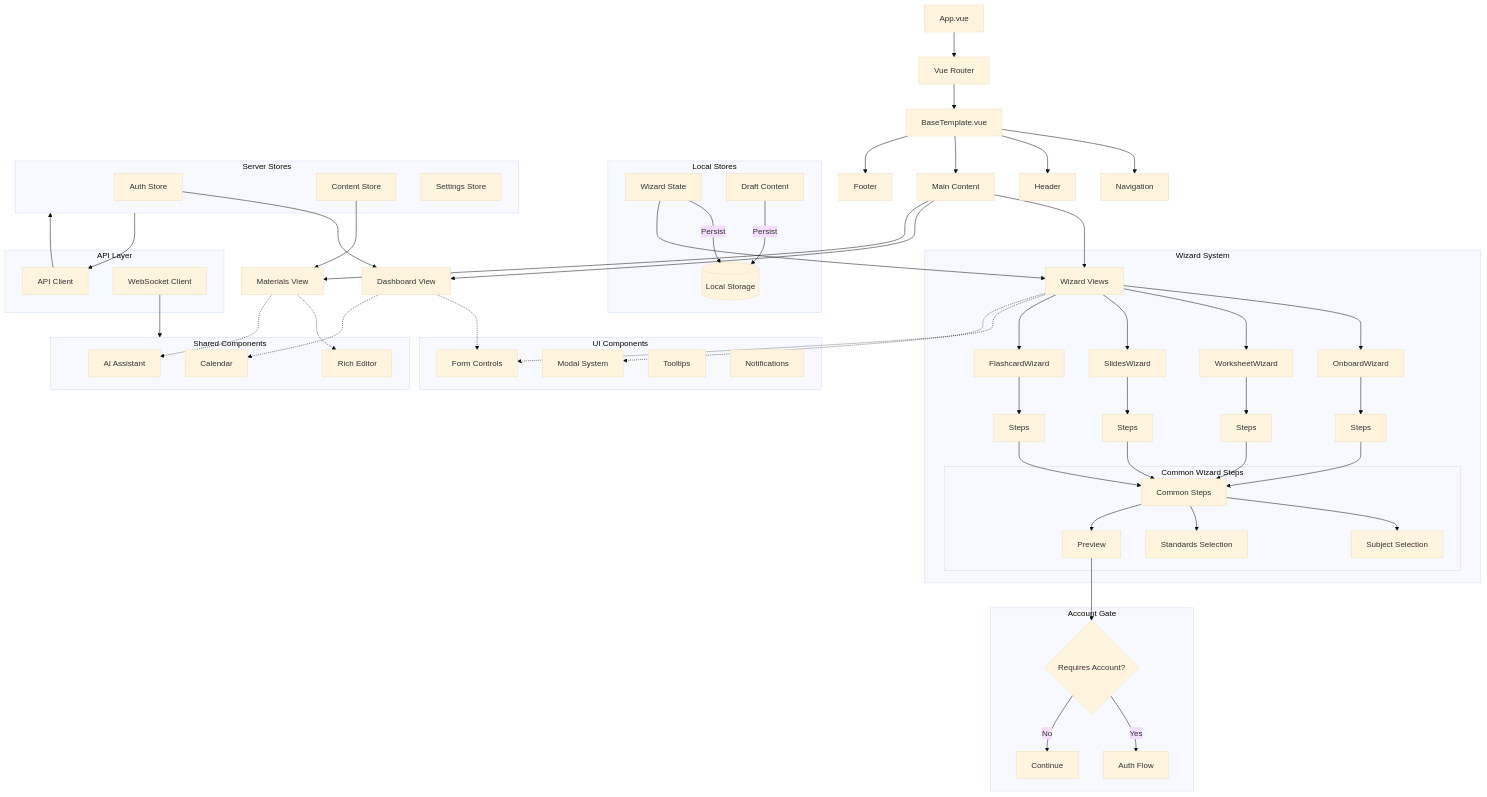
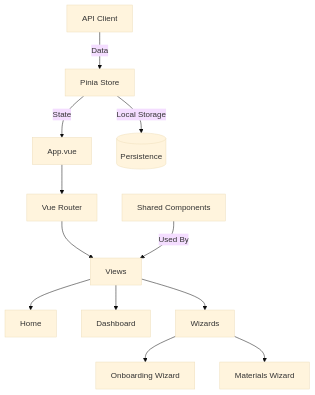
Before and after one commit to eric-fern/wizardteach: the second of 3 diagrams in README.md, drawn with Mermaid (base theme). The commit also changed other lines of this file and 6 other files, not shown here.

Commit message:
fixed course details wizard step. Moving on to standards.

````diff
--- a/README.md
+++ b/README.md
@@ -43,98 +43,25 @@
 ```mermaid
 graph TD
-    %% Core Application Structure
+    %% Core Application
     APP[App.vue] --> ROUTER[Vue Router]
-    ROUTER --> BASE[BaseTemplate.vue]
+    ROUTER --> VIEWS[Views]
     
-    %% Template Structure
-    BASE --> NAV[Navigation]
-    BASE --> HEADER[Header]
-    BASE --> MAIN[Main Content]
-    BASE --> FOOTER[Footer]
+    %% Main Views
+    VIEWS --> HOME[Home]
+    VIEWS --> DASHBOARD[Dashboard]
+    VIEWS --> WIZARDS[Wizards]
+    
+    %% Wizard System
+    WIZARDS --> ONBOARD[Onboarding Wizard]
+    WIZARDS --> MATERIALS[Materials Wizard]
     
     %% State Management
-    subgraph LocalStores[Local Stores]
-        WIZARD_STATE[Wizard State] -->|Persist| LOCAL_STORAGE[(Local Storage)]
-        DRAFT_STATE[Draft Content] -->|Persist| LOCAL_STORAGE
-    end
+    PINIA[Pinia Store] --> |State| APP
+    PINIA --> |Local Storage| PERSIST[(Persistence)]
     
-    subgraph ServerStores[Server Stores]
-        AUTH[Auth Store]
-        CONTENT[Content Store]
-        SETTINGS[Settings Store]
-    end
+    %% Shared Components
+    COMPONENTS[Shared Components] --> |Used By| VIEWS
     
-    %% View System
-    MAIN --> WIZARDS[Wizard Views]
-    MAIN --> DASHBOARD[Dashboard View]
-    MAIN --> MATERIALS[Materials View]
-    
-    %% Wizard System
-    subgraph WizardSystem[Wizard System]
-        WIZARDS --> ONBOARD[OnboardWizard]
-        WIZARDS --> WORKSHEET[WorksheetWizard]
-        WIZARDS --> SLIDES[SlidesWizard]
-        WIZARDS --> FLASHCARD[FlashcardWizard]
-        
-        subgraph CommonSteps[Common Wizard Steps]
-            COMMON[Common Steps]
-            COMMON --> SUBJECT[Subject Selection]
-            COMMON --> STANDARDS[Standards Selection]
-            COMMON --> PREVIEW[Preview]
-        end
-        
-        ONBOARD --> ONBOARD_STEPS[Steps]
-        WORKSHEET --> WORKSHEET_STEPS[Steps]
-        SLIDES --> SLIDES_STEPS[Steps]
-        FLASHCARD --> FLASHCARD_STEPS[Steps]
-        
-        ONBOARD_STEPS --> COMMON
-        WORKSHEET_STEPS --> COMMON
-        SLIDES_STEPS --> COMMON
-        FLASHCARD_STEPS --> COMMON
-    end
-    
-    %% Account Gate
-    subgraph AccountGate[Account Gate]
-        PREVIEW --> SIGNUP{Requires Account?}
-        SIGNUP -->|Yes| AUTH_FLOW[Auth Flow]
-        SIGNUP -->|No| CONTINUE[Continue]
-    end
-    
-    %% Components
-    subgraph UIComponents[UI Components]
-        FORMS[Form Controls]
-        MODALS[Modal System]
-        TOOLTIPS[Tooltips]
-        NOTIFY[Notifications]
-    end
-    
-    subgraph SharedComponents[Shared Components]
-        CALENDAR[Calendar]
-        EDITOR[Rich Editor]
-        AI_CHAT[AI Assistant]
-    end
-    
-    %% State Flow
-    WIZARD_STATE --> WIZARDS
-    AUTH --> DASHBOARD
-    CONTENT --> MATERIALS
-    
-    %% Component Usage
-    WIZARDS -.-> FORMS
-    WIZARDS -.-> MODALS
-    DASHBOARD -.-> FORMS
-    DASHBOARD -.-> CALENDAR
-    MATERIALS -.-> EDITOR
-    MATERIALS -.-> AI_CHAT
-    
-    %% Network Layer
-    subgraph APILayer[API Layer]
-        API[API Client]
-        WS[WebSocket Client]
-    end
-    
-    ServerStores --> API
-    API --> ServerStores
-    WS --> SharedComponents
+    %% API Integration
+    API[API Client] --> |Data| PINIA
 ```
````
